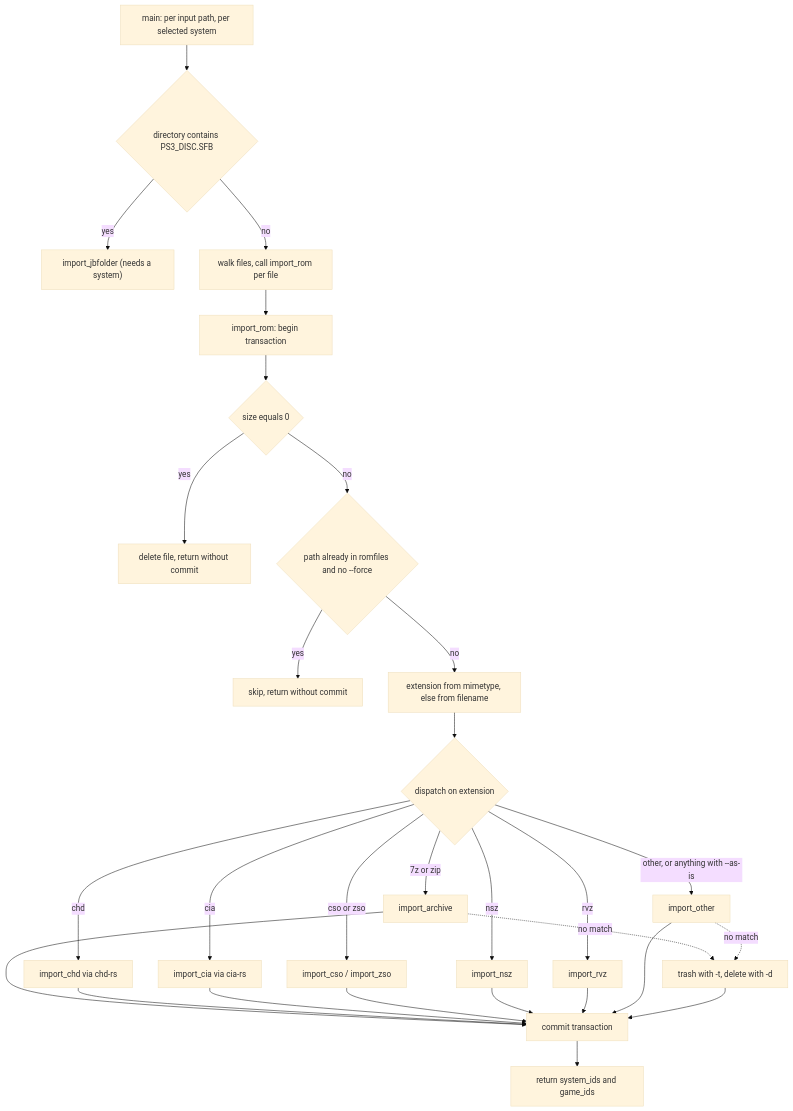
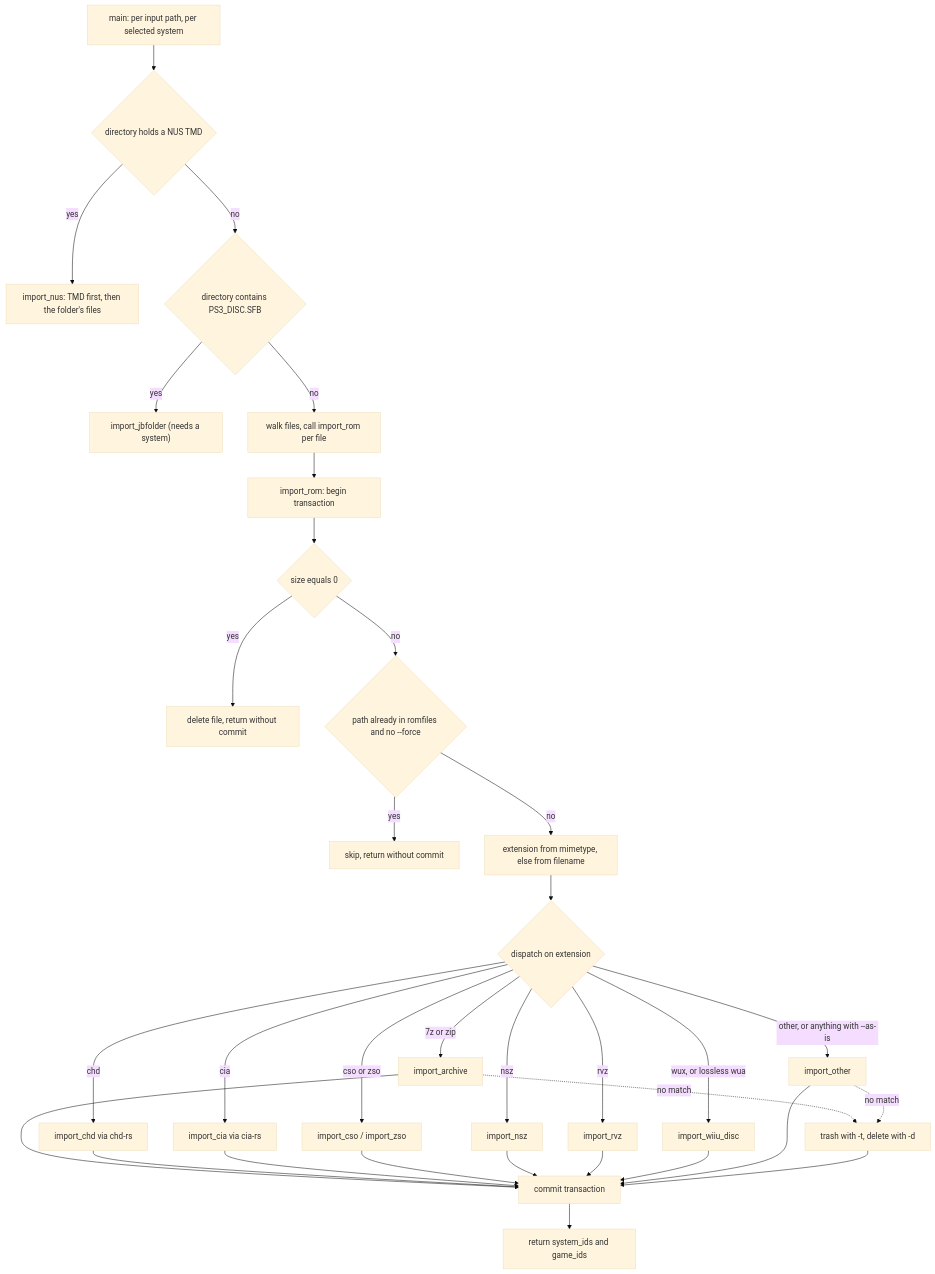
Before and after one commit to alucryd/oxyromon: the diagram in openwiki/workflows/rom-import-pipeline.md, drawn with Mermaid (base theme). The commit also changed other lines of this file and 166 other files, not shown here.

````diff
--- a/openwiki/workflows/rom-import-pipeline.md
+++ b/openwiki/workflows/rom-import-pipeline.md
@@ -199,33 +204,37 @@
 ```mermaid
 flowchart TD
-    S["main: per input path, per selected system"] --> JB{"directory contains PS3_DISC.SFB"}
+    S["main: per input path, per selected system"] --> NU{"directory holds a NUS TMD"}
+    NU -->|"yes"| NF["import_nus: TMD first, then the folder's files"]
+    NU -->|"no"| JB{"directory contains PS3_DISC.SFB"}
     JB -->|"yes"| JF["import_jbfolder (needs a system)"]
     JB -->|"no"| W["walk files, call import_rom per file"]
 
     W --> A["import_rom: begin transaction"]
     A --> B{"size equals 0"}
     B -->|"yes"| B1["delete file, return without commit"]
     B -->|"no"| C{"path already in romfiles and no --force"}
     C -->|"yes"| C1["skip, return without commit"]
     C -->|"no"| D["extension from mimetype, else from filename"]
     D --> E{"dispatch on extension"}
     E -->|"7z or zip"| F["import_archive"]
     E -->|"chd"| G["import_chd via chd-rs"]
     E -->|"cia"| H["import_cia via cia-rs"]
     E -->|"cso or zso"| I["import_cso / import_zso"]
     E -->|"nsz"| J2["import_nsz"]
     E -->|"rvz"| K["import_rvz"]
+    E -->|"wux, or lossless wua"| WX["import_wiiu_disc"]
     E -->|"other, or anything with --as-is"| L["import_other"]
 
     F --> M["commit transaction"]
     G --> M
     H --> M
     I --> M
     J2 --> M
     K --> M
+    WX --> M
     L --> M
     F -.->|"no match"| O["trash with -t, delete with -d"]
     L -.->|"no match"| O
     O --> M
     M --> P["return system_ids and game_ids"]
 ```
````
